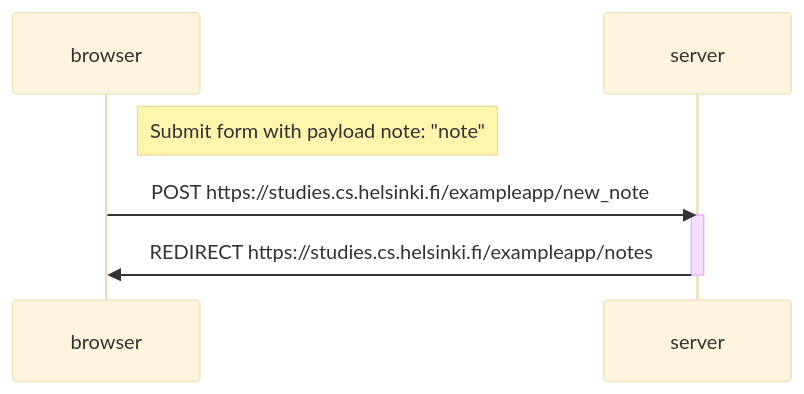
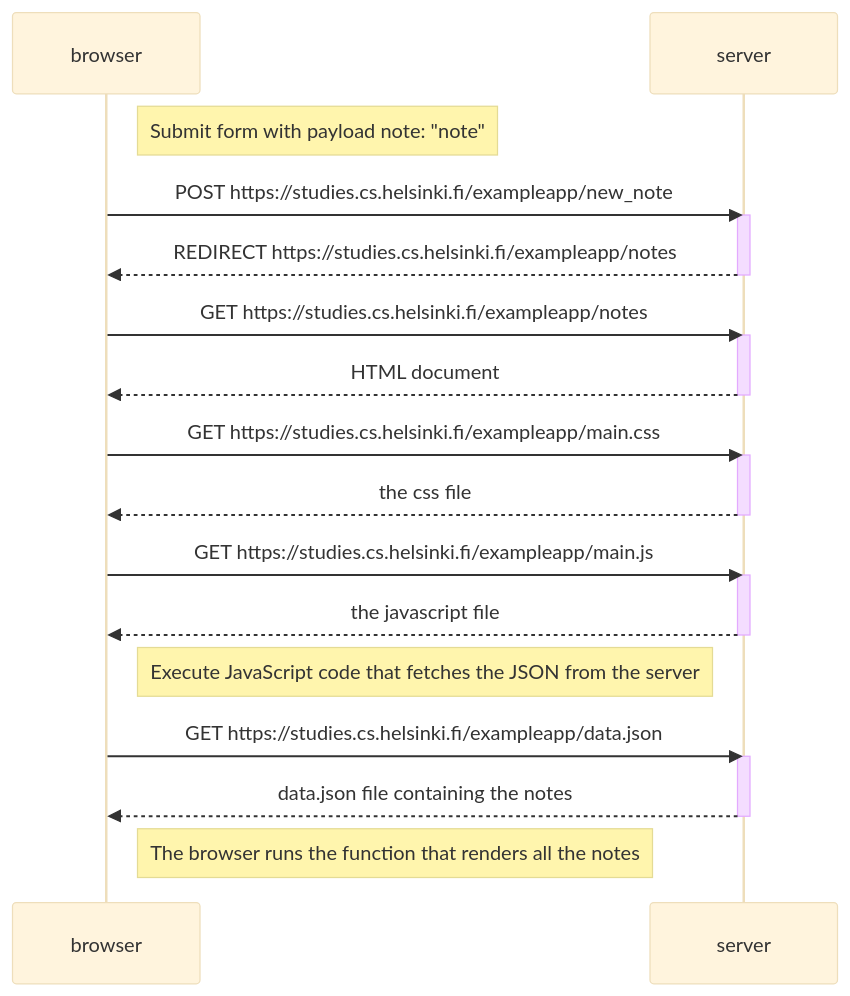
The diagram in part0/04.md (RamtinTJB/FullStackOpen_exercises), drawn with Mermaid (base theme) before and after one commit.

Commit message:
Finish 04

````diff
--- a/part0/04.md
+++ b/part0/04.md
@@ -1,12 +1,37 @@
 ```mermaid
 sequenceDiagram
     participant browser
     participant server
 
     Note right of browser: Submit form with payload note: "note"
 
     browser->>server: POST https://studies.cs.helsinki.fi/exampleapp/new_note
     activate server
-    server->>browser: REDIRECT https://studies.cs.helsinki.fi/exampleapp/notes
+    server-->>browser: REDIRECT https://studies.cs.helsinki.fi/exampleapp/notes
     deactivate server
+
+    browser->>server: GET https://studies.cs.helsinki.fi/exampleapp/notes
+    activate server
+    server-->>browser: HTML document
+    deactivate server
+
+    browser->>server: GET https://studies.cs.helsinki.fi/exampleapp/main.css
+    activate server
+    server-->>browser: the css file
+    deactivate server
+
+    browser->>server: GET https://studies.cs.helsinki.fi/exampleapp/main.js
+    activate server
+    server-->>browser: the javascript file
+    deactivate server
+
+    Note right of browser: Execute JavaScript code that fetches the JSON from the server
+
+
+    browser->>server: GET https://studies.cs.helsinki.fi/exampleapp/data.json
+    activate server
+    server-->>browser: data.json file containing the notes
+    deactivate server
+
+    Note right of browser: The browser runs the function that renders all the notes
 ```
````
